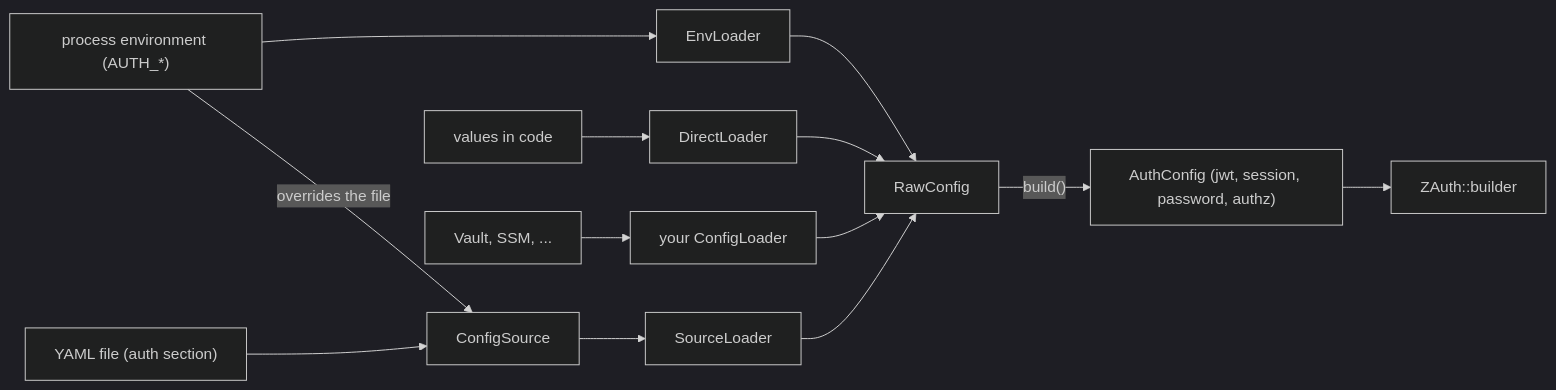
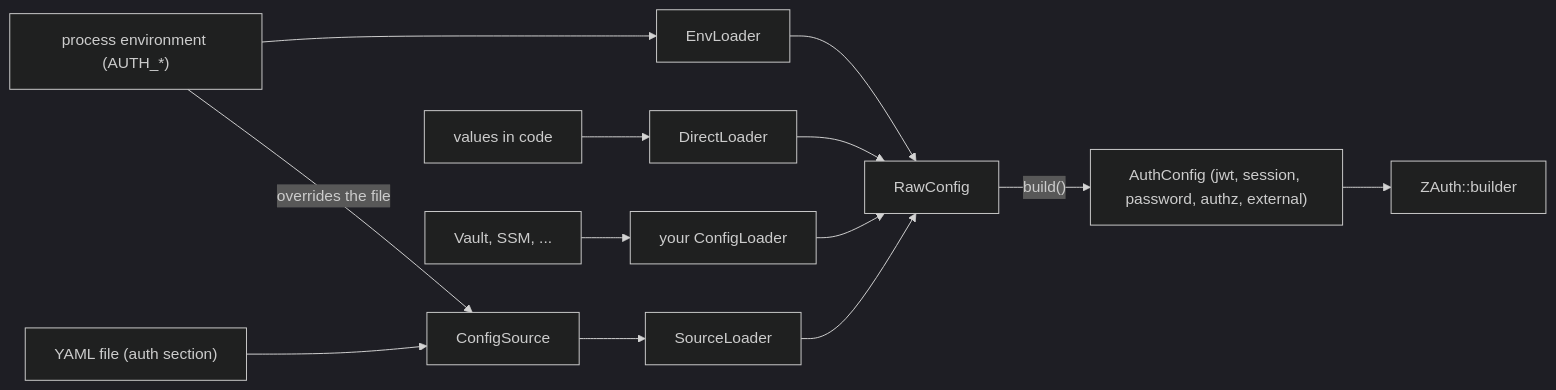
Before and after one commit to eugenezimin/auth-lib: the diagram in docs/configuration.md, drawn with Mermaid (dark theme). The commit also changed other lines of this file and 19 other files, not shown here.

First line of the commit message:
Document external identities and z-auth-sso

````diff
--- a/docs/configuration.md
+++ b/docs/configuration.md
@@ -9,15 +9,15 @@
 ```mermaid
 flowchart LR
     env["process environment (AUTH_*)"] --> el["EnvLoader"]
     file["YAML file (auth section)"] --> src["ConfigSource"]
     env -->|"overrides the file"| src
     src --> sl["SourceLoader"]
     code["values in code"] --> dl["DirectLoader"]
     other["Vault, SSM, ..."] --> cl["your ConfigLoader"]
     el --> raw["RawConfig"]
     sl --> raw
     dl --> raw
     cl --> raw
-    raw -->|"build()"| cfg["AuthConfig (jwt, session, password, authz)"]
+    raw -->|"build()"| cfg["AuthConfig (jwt, session, password, authz, external)"]
     cfg --> zb["ZAuth::builder"]
 ```
````
